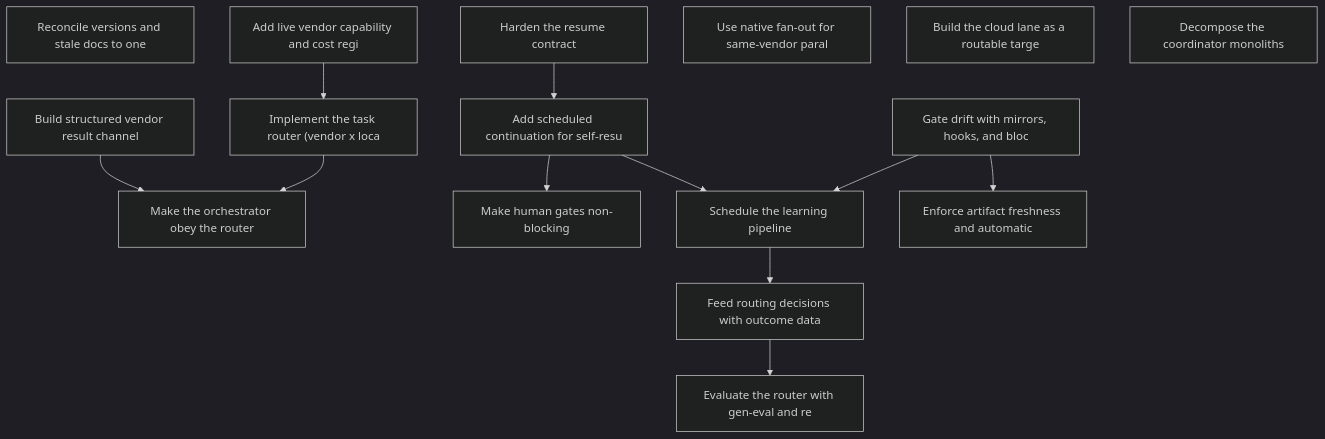
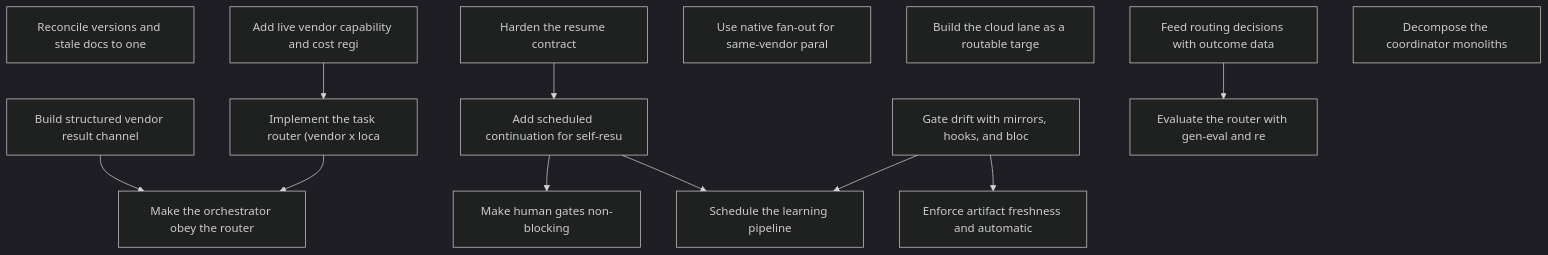
Before and after one commit to jankneumann/agentic-coding-tools: the diagram in openspec/roadmaps/repo-improvement/roadmap.md, drawn with Mermaid (dark theme). The commit also changed other lines of this file and 30 other files, not shown here.

Commit message:
fix(roadmap): address PR 406 review findings

````diff
--- a/openspec/roadmaps/repo-improvement/roadmap.md
+++ b/openspec/roadmaps/repo-improvement/roadmap.md
@@ -32,29 +32,28 @@
 ```mermaid
 graph TD
     ri-01["Gate drift with mirrors, hooks, and bloc"]
     ri-02["Reconcile versions and stale docs to one"]
     ri-03["Build structured vendor result channel"]
     ri-04["Add live vendor capability and cost regi"]
     ri-05["Implement the task router (vendor x loca"]
     ri-06["Make the orchestrator obey the router"]
     ri-07["Harden the resume contract"]
     ri-08["Add scheduled continuation for self-resu"]
     ri-09["Use native fan-out for same-vendor paral"]
     ri-10["Build the cloud lane as a routable targe"]
     ri-11["Make human gates non-blocking"]
     ri-12["Schedule the learning pipeline"]
     ri-13["Feed routing decisions with outcome data"]
     ri-14["Enforce artifact freshness and automatic"]
     ri-15["Decompose the coordinator monoliths"]
     ri-16["Evaluate the router with gen-eval and re"]
     ri-04 --> ri-05
     ri-03 --> ri-06
     ri-05 --> ri-06
     ri-07 --> ri-08
     ri-08 --> ri-11
     ri-08 --> ri-12
     ri-01 --> ri-12
-    ri-12 --> ri-13
     ri-01 --> ri-14
     ri-13 --> ri-16
 ```
````
